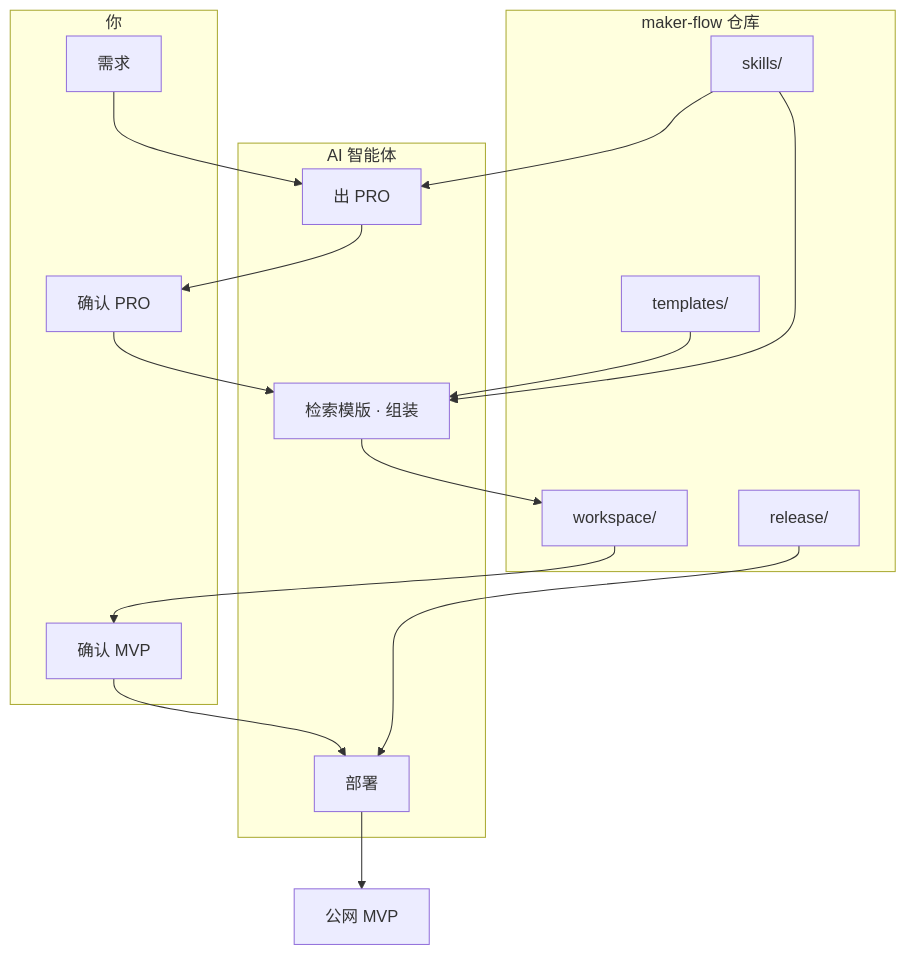
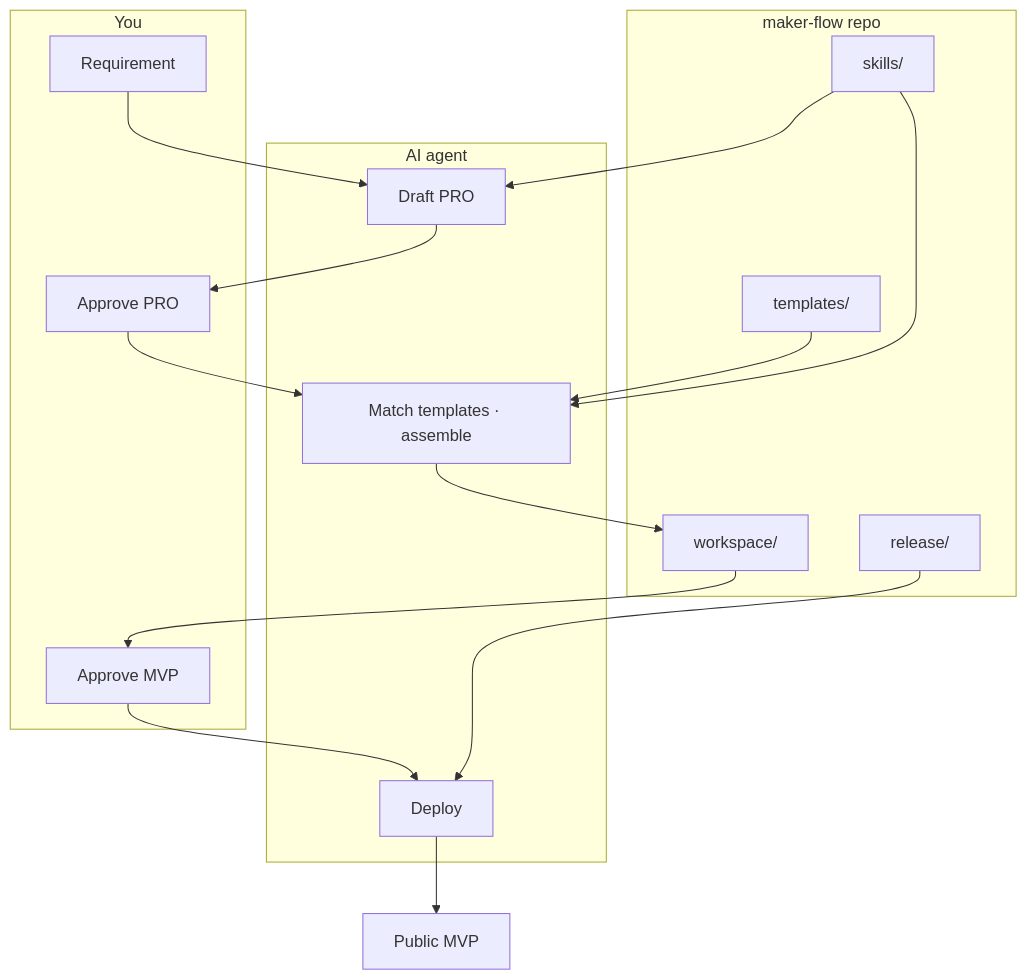
One commit to LJTian/maker-flow changed the diagram in docs/overview.md. Above: the diagram before and after it, drawn with Mermaid. The commit also changed other lines of this file and 98 other files, not shown here.

````diff
--- a/docs/overview.md
+++ b/docs/overview.md
@@ -17,33 +19,33 @@
 ```mermaid
 flowchart TB
-    subgraph you ["你"]
-        R[需求]
-        G1[确认 PRO]
-        G2[确认 MVP]
+    subgraph you ["You"]
+        R[Requirement]
+        G1[Approve PRO]
+        G2[Approve MVP]
     end
 
-    subgraph agent ["AI 智能体"]
-        PRO[出 PRO]
-        ASM[检索模版 · 组装]
-        DEP[部署]
+    subgraph agent ["AI agent"]
+        PRO[Draft PRO]
+        ASM[Match templates · assemble]
+        DEP[Deploy]
     end
 
-    subgraph repo ["maker-flow 仓库"]
+    subgraph repo ["maker-flow repo"]
         SK[skills/]
         TP[templates/]
         WS[workspace/]
         RL[release/]
     end
 
     R --> PRO
     PRO --> G1
     G1 --> ASM
     SK --> PRO
     SK --> ASM
     TP --> ASM
     ASM --> WS
     WS --> G2
     G2 --> DEP
     RL --> DEP
-    DEP --> URL[公网 MVP]
+    DEP --> URL[Public MVP]
 ```
````
